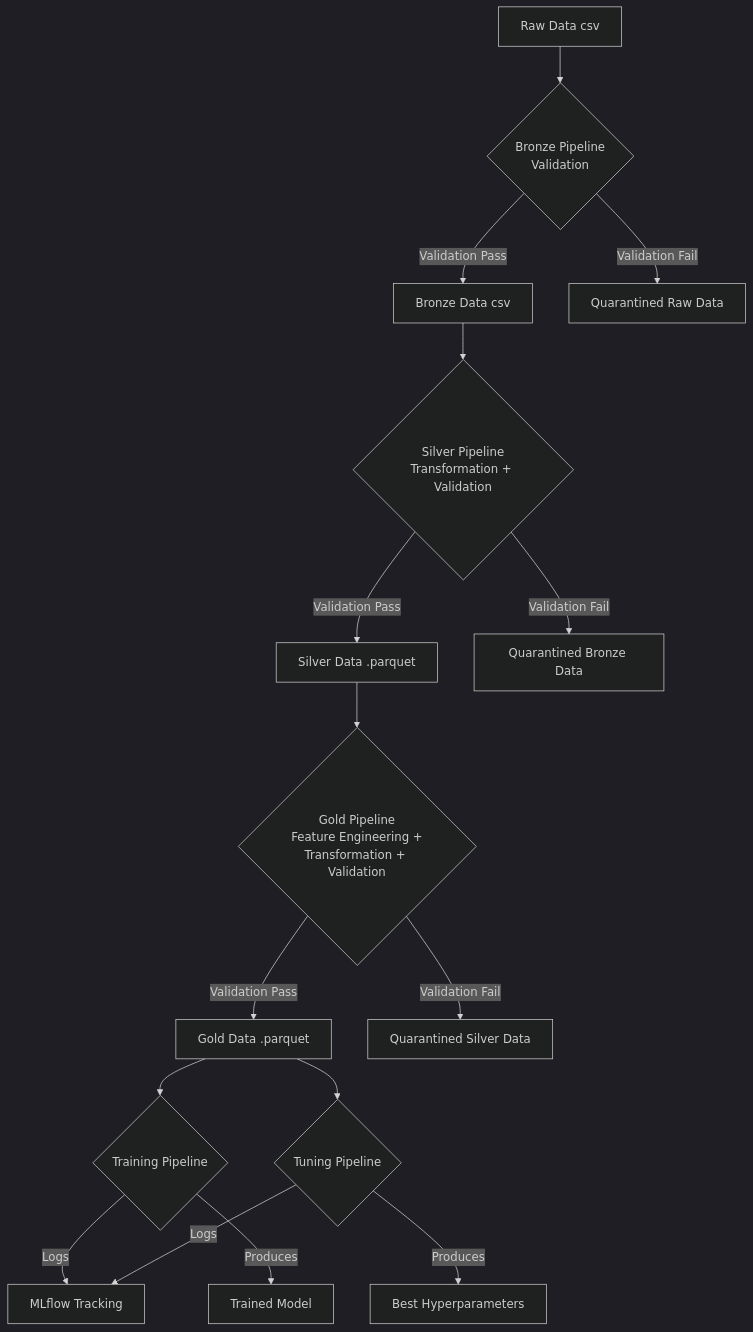
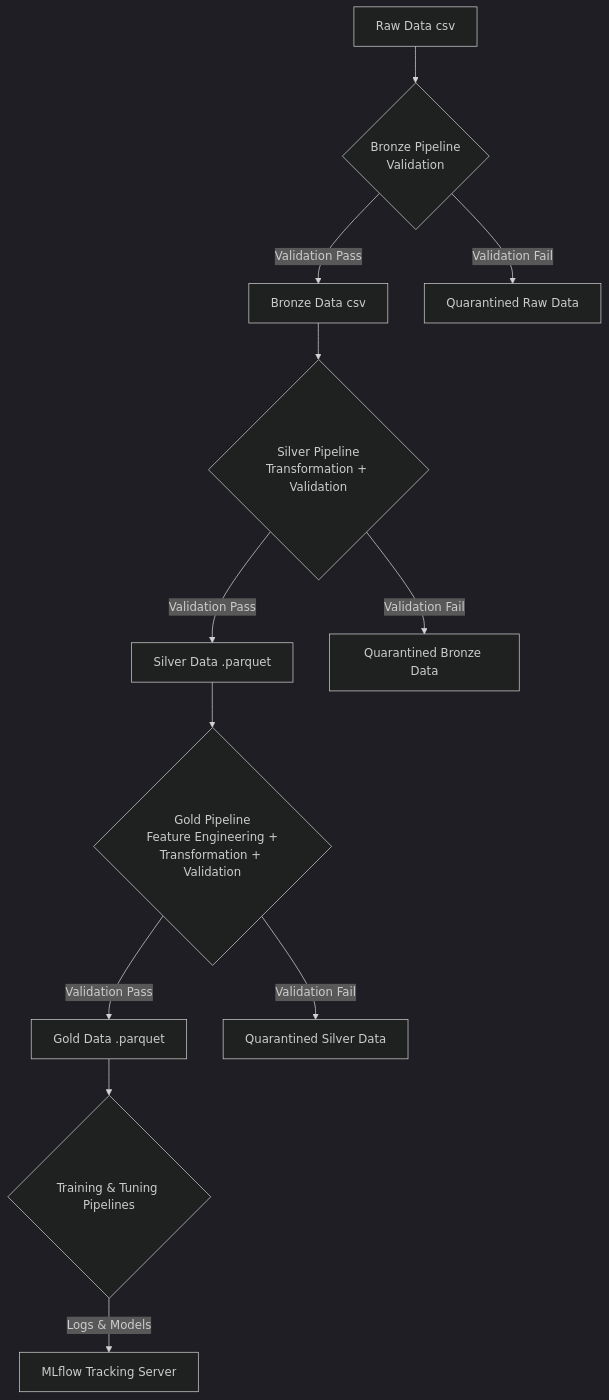
The diagram in docs/Data Pipelines/data_pipelines.md (dakshvanshaj/flights-price-prediction-mlops), drawn with Mermaid before and after one commit. The commit also changed other lines of this file and 18 other files, not shown here.

````diff
--- a/docs/Data Pipelines/data_pipelines.md
+++ b/docs/Data Pipelines/data_pipelines.md
@@ -10,19 +23,15 @@
 ```mermaid
 %%{init: {'theme': 'dark'}}%%
 graph TD
-    A[Raw Data csv] --> B{Bronze Pipeline<br/>Validation}
-    B -- Validation Pass --> C[Bronze Data csv]
-    B -- Validation Fail --> D[Quarantined Raw Data]
-    C --> E{Silver Pipeline<br/>Transformation + Validation}
-    E -- Validation Pass --> F[Silver Data .parquet]
-    E -- Validation Fail --> G[Quarantined Bronze Data]
-    F --> H{Gold Pipeline<br/>Feature Engineering +<br/>Transformation + Validation}
-    H -- Validation Pass --> I[Gold Data .parquet]
-    H -- Validation Fail --> J[Quarantined Silver Data]
-    I --> K{Training Pipeline}
-    I --> L{Tuning Pipeline}
-    K -- Logs --> M[MLflow Tracking]
-    L -- Logs --> M
-    K -- Produces --> N[Trained Model]
-    L -- Produces --> O[Best Hyperparameters]
+    A[Raw Data csv] --> B{Bronze Pipeline<br/>Validation};
+    B -- Validation Pass --> C[Bronze Data csv];
+    B -- Validation Fail --> D[Quarantined Raw Data];
+    C --> E{Silver Pipeline<br/>Transformation + Validation};
+    E -- Validation Pass --> F[Silver Data .parquet];
+    E -- Validation Fail --> G[Quarantined Bronze Data];
+    F --> H{Gold Pipeline<br/>Feature Engineering +<br/>Transformation + Validation};
+    H -- Validation Pass --> I[Gold Data .parquet];
+    H -- Validation Fail --> J[Quarantined Silver Data];
+    I --> K{Training & Tuning Pipelines};
+    K -- Logs & Models --> M[MLflow Tracking Server];
 ```
````
